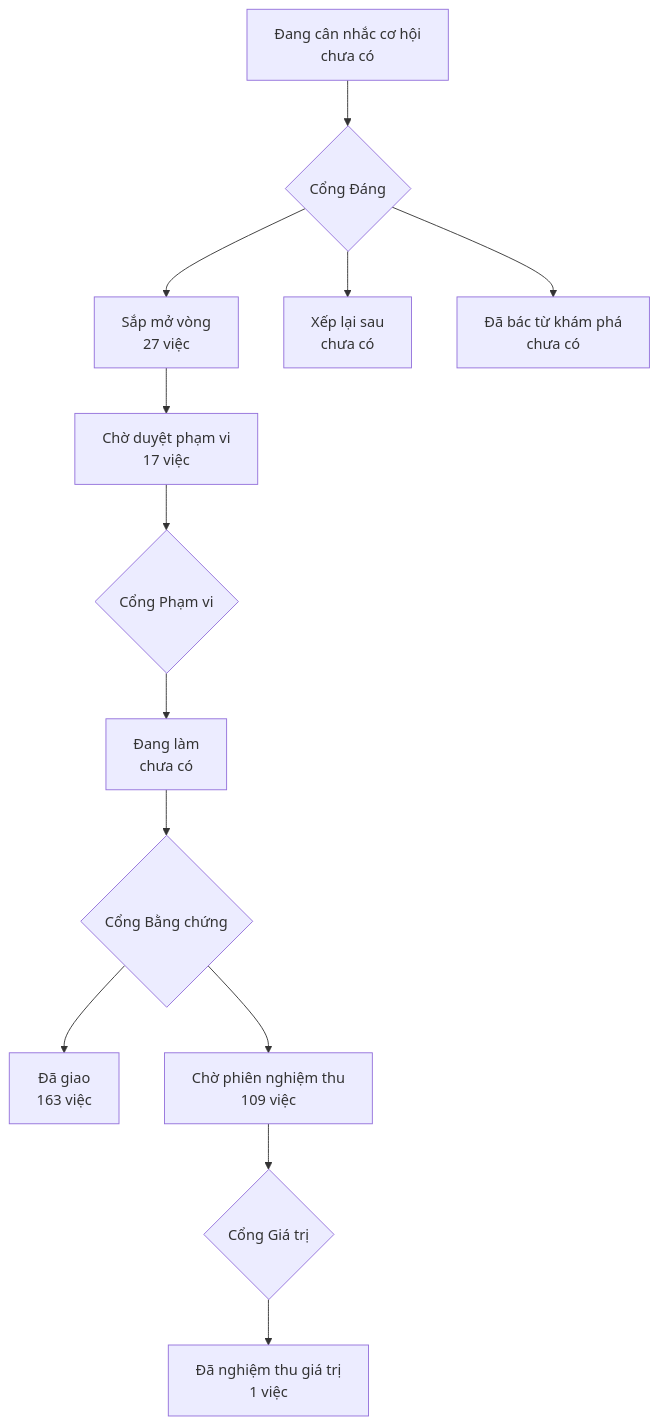
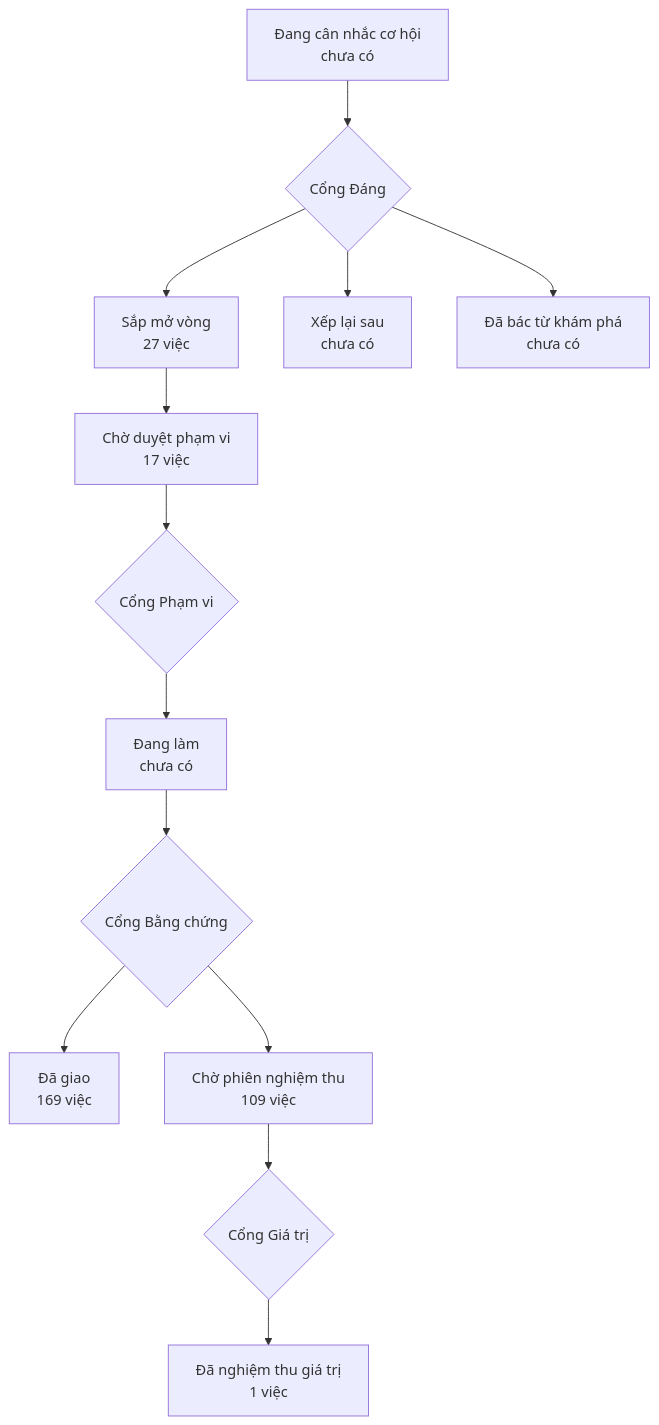
The diagram in PRODUCT-MAP.md (phanlemanh/onehub-invest), drawn with Mermaid before and after one commit. The commit also changed other lines of this file and 1 other file, not shown here.

````diff
--- a/PRODUCT-MAP.md
+++ b/PRODUCT-MAP.md
@@ -7,12 +7,12 @@
 ```mermaid
 flowchart TD
   A["Đang cân nhắc cơ hội<br/>chưa có"] --> GD{"Cổng Đáng"}
   GD --> B["Sắp mở vòng<br/>27 việc"]
   GD --> XL["Xếp lại sau<br/>chưa có"]
   GD --> DB["Đã bác từ khám phá<br/>chưa có"]
   B --> CD["Chờ duyệt phạm vi<br/>17 việc"] --> GP{"Cổng Phạm vi"}
   GP --> DL["Đang làm<br/>chưa có"] --> GB{"Cổng Bằng chứng"}
-  GB --> DG["Đã giao<br/>163 việc"]
+  GB --> DG["Đã giao<br/>169 việc"]
   GB --> CN["Chờ phiên nghiệm thu<br/>109 việc"] --> GG{"Cổng Giá trị"}
   GG --> NT["Đã nghiệm thu giá trị<br/>1 việc"]
 ```
````
